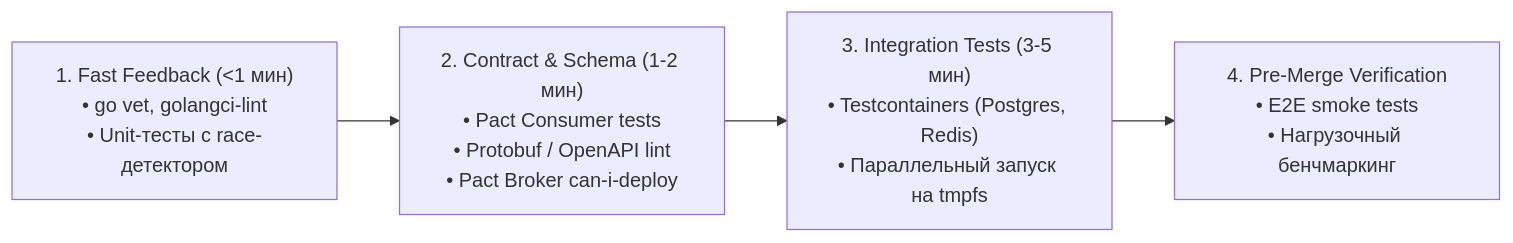
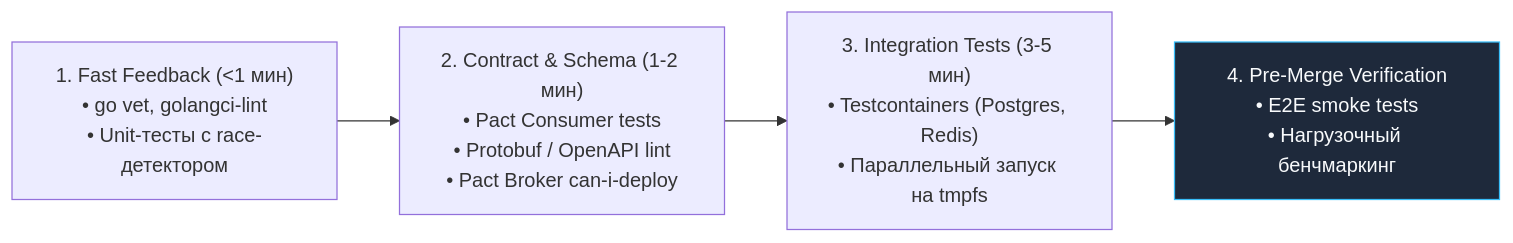
Before and after one commit to UnrealTemplier/go-textbook: the second of 2 diagrams in sources/11. Архитектура и System Design/48. Тестирование архитектуры. Contract и Integration testing.md, drawn with Mermaid. The commit also changed other lines of this file and 1666 other files, not shown here.

First line of the commit message:
feat(mermaid): add semantic color classDef to 1369 colorless flowchart/graph diagrams

````diff
--- a/sources/11. Архитектура и System Design/48. Тестирование архитектуры. Contract и Integration testing.md
+++ b/sources/11. Архитектура и System Design/48. Тестирование архитектуры. Contract и Integration testing.md
@@ -352,9 +362,19 @@
 ```mermaid
 flowchart LR
+    classDef process  fill:#1e293b,stroke:#38bdf8,stroke-width:1px,color:#f8fafc
+    classDef success  fill:#064e3b,stroke:#34d399,stroke-width:1px,color:#f8fafc
+    classDef error    fill:#7f1d1d,stroke:#f87171,stroke-width:1px,color:#f8fafc
+    classDef warning  fill:#78350f,stroke:#fbbf24,stroke-width:1px,color:#f8fafc
+    classDef entry    fill:#1e3a5f,stroke:#38bdf8,stroke-width:2px,color:#f8fafc
+    classDef aux      fill:#334155,stroke:#64748b,stroke-width:1px,color:#f8fafc
+    classDef system   fill:#312e81,stroke:#a78bfa,stroke-width:1px,color:#f8fafc
+    classDef data     fill:#132d29,stroke:#2dd4bf,stroke-width:1px,color:#f8fafc
+    classDef network  fill:#881337,stroke:#fb7185,stroke-width:1px,color:#f8fafc
+    classDef accent   fill:#1e1b4b,stroke:#818cf8,stroke-width:1px,color:#f8fafc
     Stage1["1. Fast Feedback (<1 мин)<br>• go vet, golangci-lint<br>• Unit-тесты с race-детектором"]
     Stage2["2. Contract & Schema (1-2 мин)<br>• Pact Consumer tests<br>• Protobuf / OpenAPI lint<br>• Pact Broker can-i-deploy"]
     Stage3["3. Integration Tests (3-5 мин)<br>• Testcontainers (Postgres, Redis)<br>• Параллельный запуск на tmpfs"]
-    Stage4["4. Pre-Merge Verification<br>• E2E smoke tests<br>• Нагрузочный бенчмаркинг"]
+    Stage4["4. Pre-Merge Verification<br>• E2E smoke tests<br>• Нагрузочный бенчмаркинг"]:::process
 
     Stage1 --> Stage2 --> Stage3 --> Stage4
 ```
````
